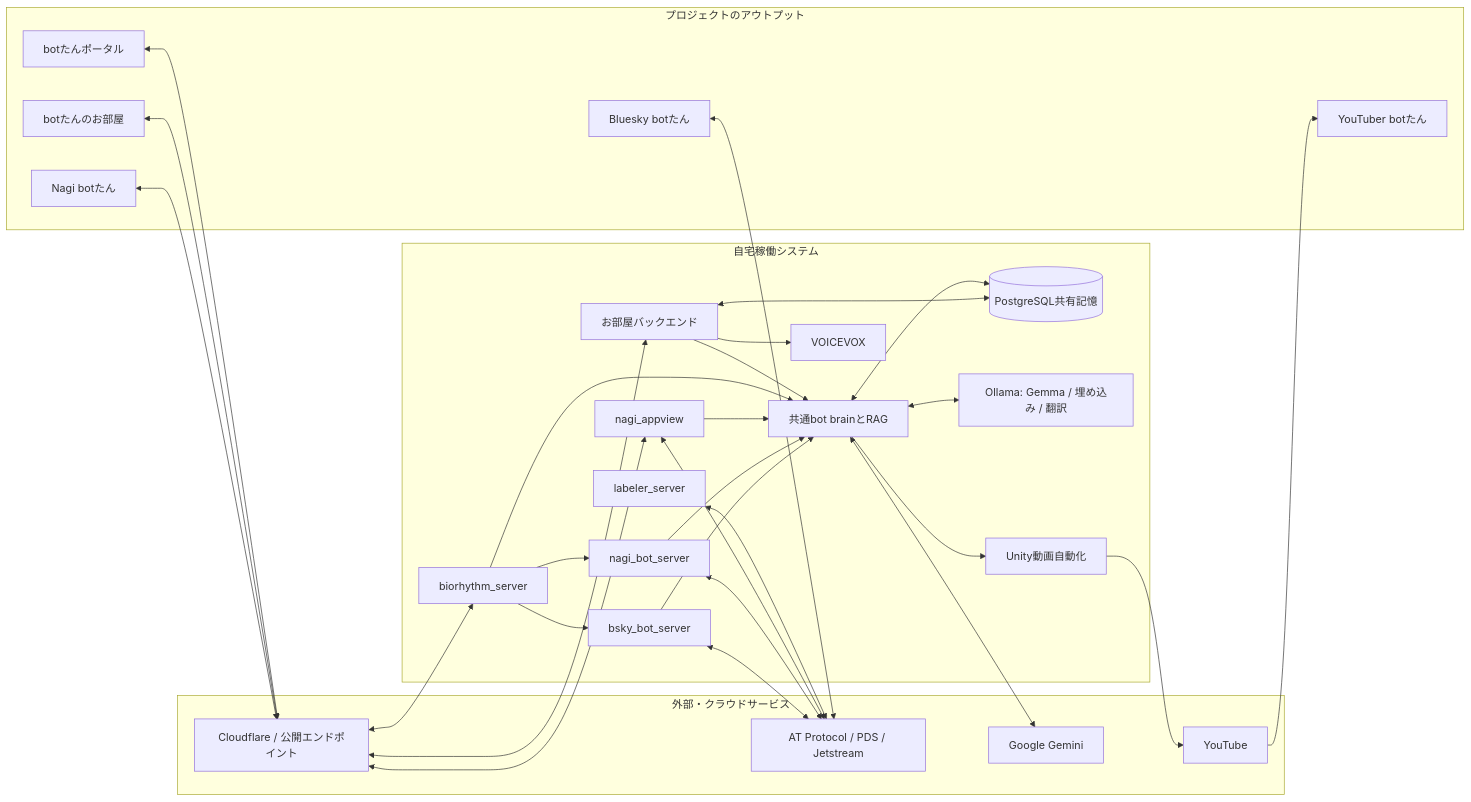
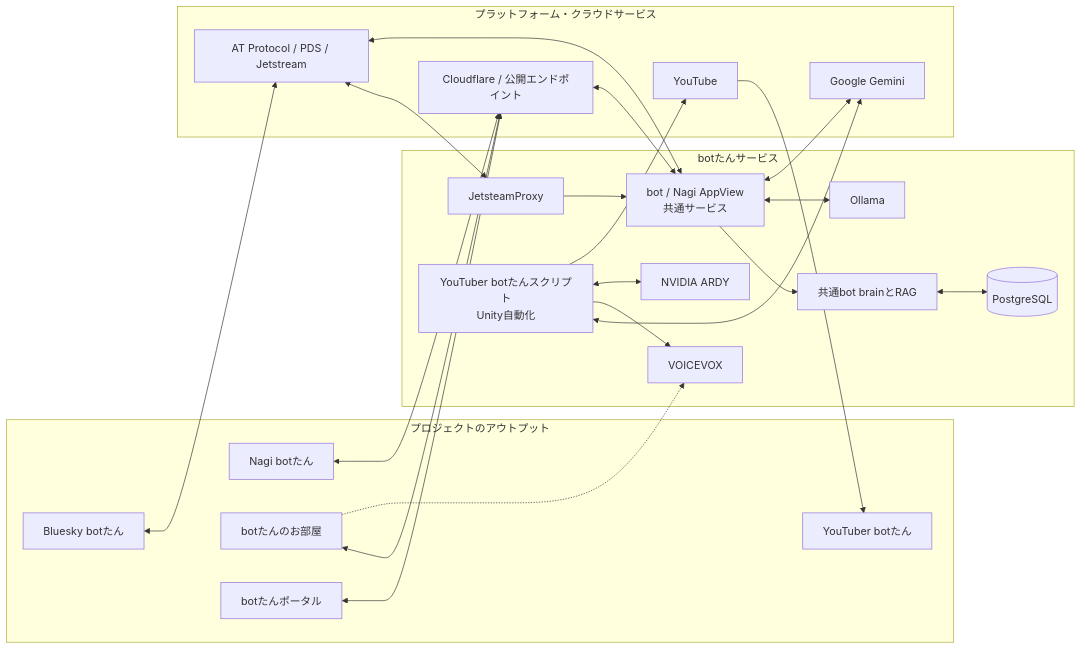
One commit to suibari/bsky-affirmative-bot changed the second of 2 diagrams in README_ja.md. Above: the diagram before and after it, drawn with Mermaid. The commit also changed other lines of this file and 1 other file, not shown here.

Commit message:
図を分割、HWスペック記載、すいばりロゴにリンク

````diff
--- a/README_ja.md
+++ b/README_ja.md
@@ -112,58 +169,47 @@
 ```mermaid
 flowchart LR
   subgraph outputs[プロジェクトのアウトプット]
     bluesky[Bluesky botたん]
     nagi[Nagi botたん]
     youtube[YouTuber botたん]
     room[botたんのお部屋]
     portal[botたんポータル]
   end
 
-  subgraph home[自宅稼働システム]
-    bskyServer[bsky_bot_server]
-    nagiServer[nagi_bot_server]
-    appview[nagi_appview]
-    biorhythm[biorhythm_server]
-    labeler[labeler_server]
-    roomServer[お部屋バックエンド]
+  subgraph services[botたんサービス]
+    jetsteamProxy[JetsteamProxy]
+    repoApps["bot / Nagi AppView<br/>共通サービス"]
     brain[共通bot brainとRAG]
-    memory[(PostgreSQL共有記憶)]
-    ollama[Ollama: Gemma / 埋め込み / 翻訳]
+    memory[(PostgreSQL)]
+    ollama[Ollama]
+    youtubeScripts["YouTuber botたんスクリプト<br/>Unity自動化"]
     voicevox[VOICEVOX]
-    unity[Unity動画自動化]
+    ardy[NVIDIA ARDY]
   end
 
-  subgraph cloud[外部・クラウドサービス]
+  subgraph cloud[プラットフォーム・クラウドサービス]
     atproto[AT Protocol / PDS / Jetstream]
     gemini[Google Gemini]
     youtubeApi[YouTube]
     cloudflare[Cloudflare / 公開エンドポイント]
   end
 
   bluesky <--> atproto
   nagi <--> cloudflare
   room <--> cloudflare
   portal <--> cloudflare
-  bskyServer <--> atproto
-  nagiServer <--> atproto
-  appview <--> atproto
-  labeler <--> atproto
-  cloudflare <--> appview
-  cloudflare <--> biorhythm
-  cloudflare <--> roomServer
-  biorhythm --> bskyServer
-  biorhythm --> nagiServer
-  bskyServer --> brain
-  nagiServer --> brain
-  appview --> brain
-  biorhythm --> brain
-  roomServer --> brain
-  roomServer <--> memory
-  roomServer --> voicevox
+  atproto <--> jetsteamProxy
+  jetsteamProxy --> repoApps
+  repoApps <--> atproto
+  cloudflare <--> repoApps
+  repoApps --> brain
   brain <--> memory
-  brain <--> ollama
-  brain <--> gemini
-  brain --> unity
-  unity --> youtubeApi
+  repoApps <--> ollama
+  repoApps <--> gemini
+  room -.-> voicevox
+  youtubeScripts <--> gemini
+  youtubeScripts --> voicevox
+  youtubeScripts <--> ardy
+  youtubeScripts --> youtubeApi
   youtubeApi --> youtube
 ```
````
